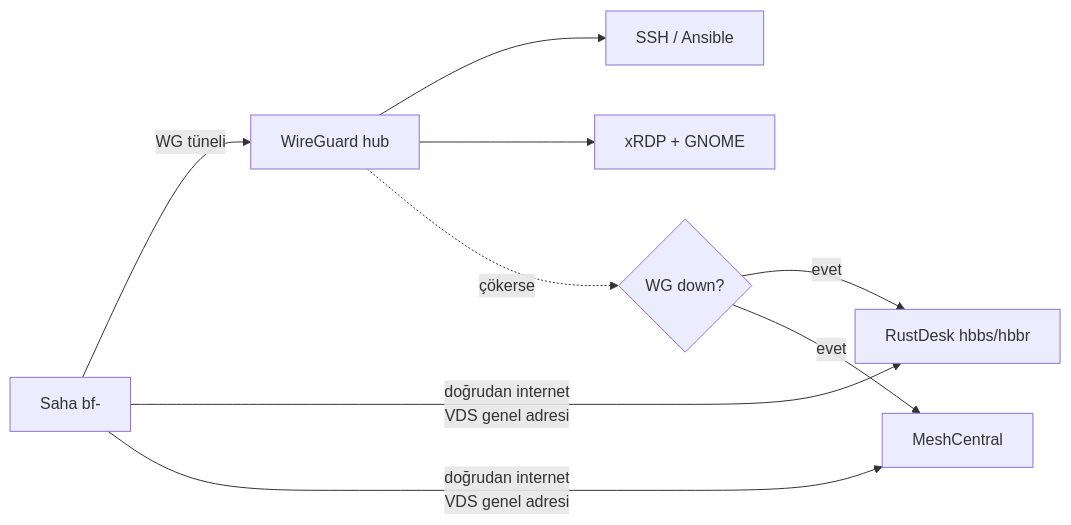
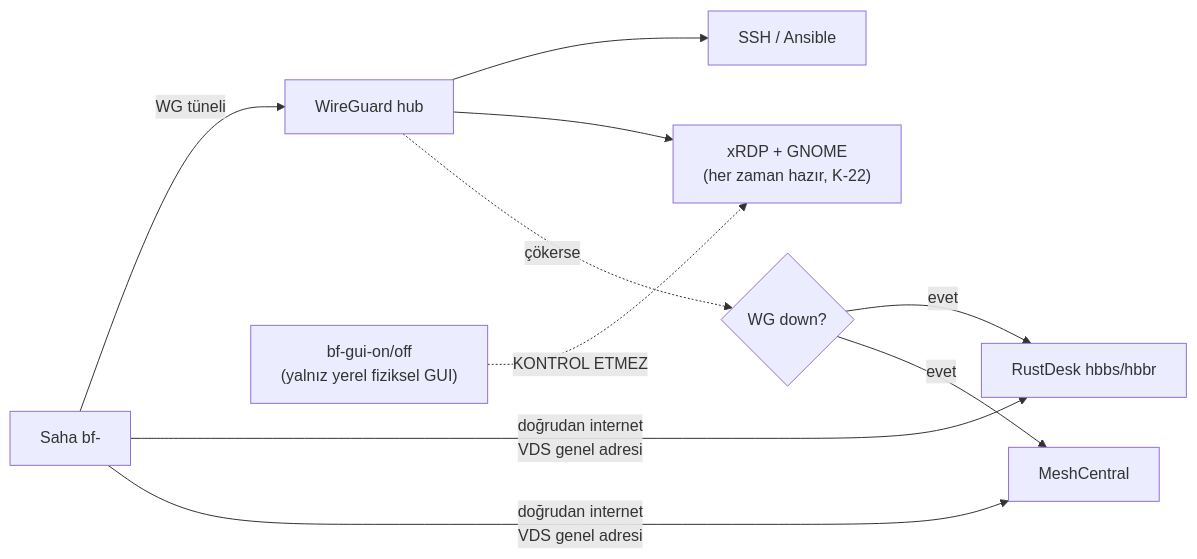
The diagram in docs/07-REMOTE-ACCESS.md (emirhanmamak-blueforce/Blueforce-Linux), drawn with Mermaid before and after one commit. The commit also changed other lines of this file and 176 other files, not shown here.

````diff
--- a/docs/07-REMOTE-ACCESS.md
+++ b/docs/07-REMOTE-ACCESS.md
@@ -144,11 +156,12 @@
 ```mermaid
 flowchart LR
     PC["Saha bf-<no>"] -->|WG tüneli| WG["WireGuard hub"]
     WG --> SSH["SSH / Ansible"]
-    WG --> RDP["xRDP + GNOME"]
+    WG --> RDP["xRDP + GNOME<br/>(her zaman hazır, K-22)"]
     PC -->|doğrudan internet<br/>VDS genel adresi| RD["RustDesk hbbs/hbbr"]
     PC -->|doğrudan internet<br/>VDS genel adresi| MC["MeshCentral"]
+    GUI["bf-gui-on/off<br/>(yalnız yerel fiziksel GUI)"] -.->|"KONTROL ETMEZ"| RDP
     WG -.->|çökerse| DOWN{"WG down?"}
     DOWN -->|evet| RD
     DOWN -->|evet| MC
 ```
````
